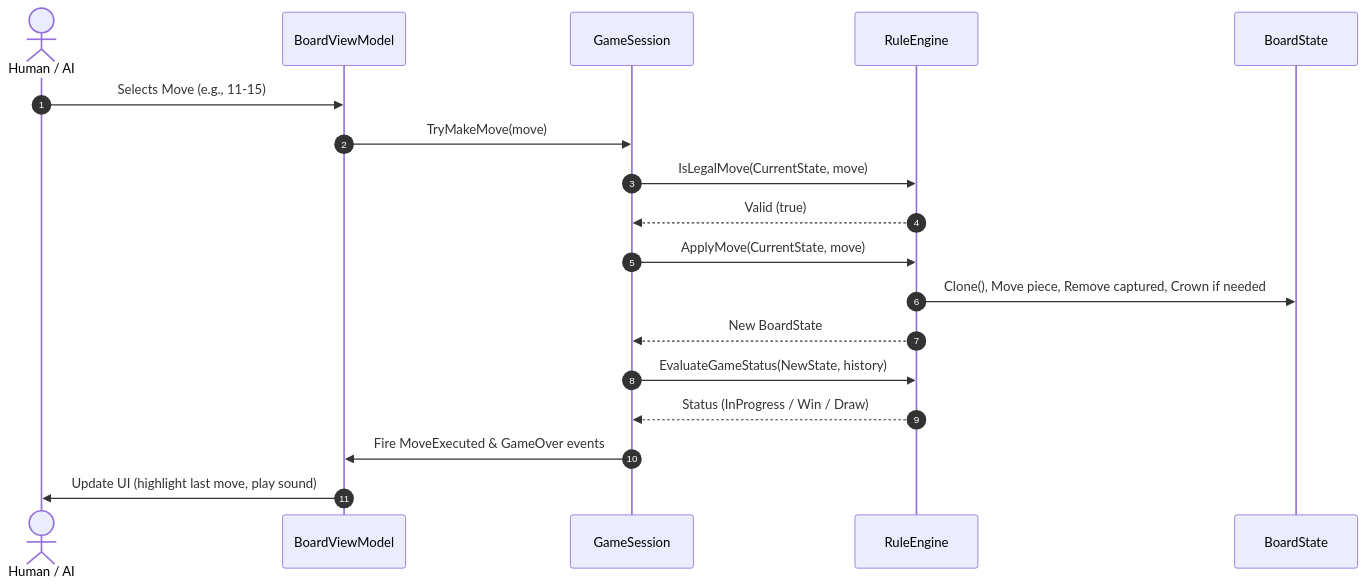
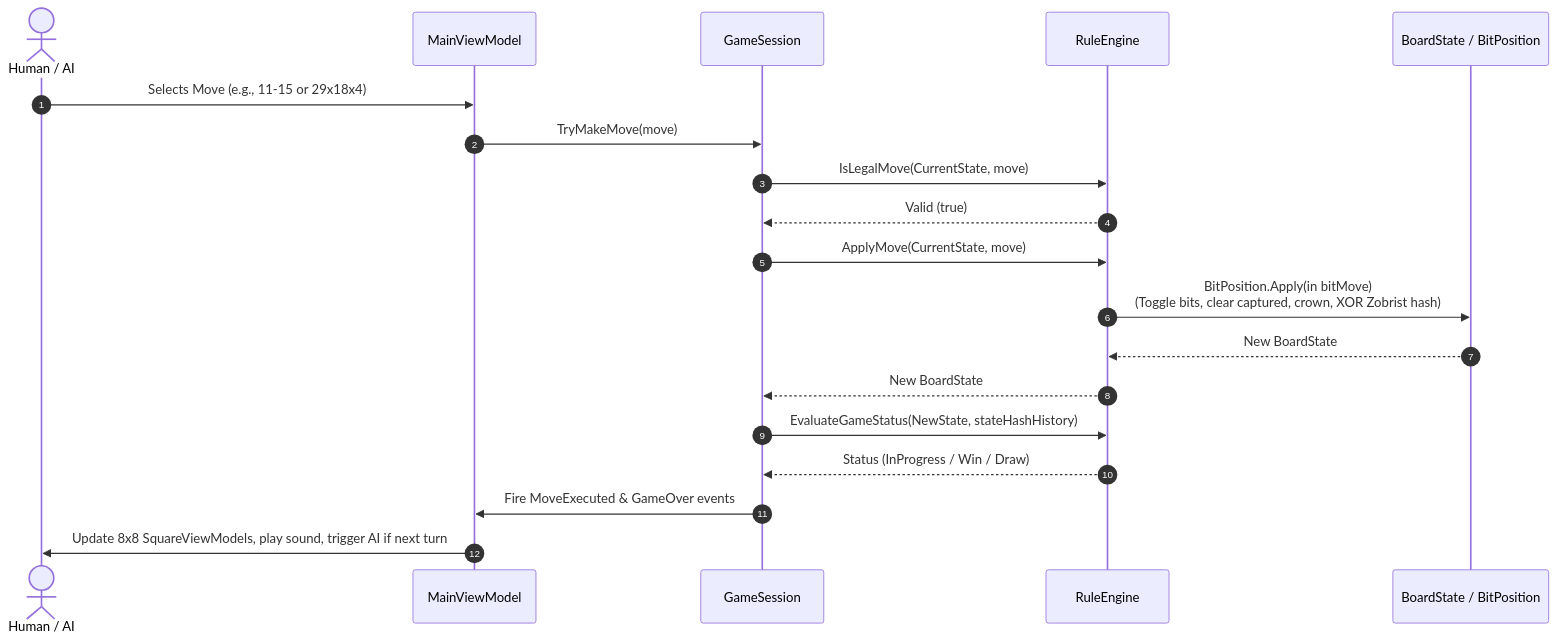
Before and after one commit to cjp-dev/Checkers: the second of 2 diagrams in docs/brain/01-overview.md, drawn with Mermaid. The commit also changed other lines of this file and 19 other files, not shown here.

````diff
--- a/docs/brain/01-overview.md
+++ b/docs/brain/01-overview.md
@@ -85,21 +104,22 @@
 ```mermaid
 sequenceDiagram
     autonumber
     actor Player as Human / AI
-    participant VM as BoardViewModel
+    participant VM as MainViewModel
     participant Session as GameSession
     participant Engine as RuleEngine
-    participant State as BoardState
+    participant State as BoardState / BitPosition
 
-    Player->>VM: Selects Move (e.g., 11-15)
+    Player->>VM: Selects Move (e.g., 11-15 or 29x18x4)
     VM->>Session: TryMakeMove(move)
     Session->>Engine: IsLegalMove(CurrentState, move)
     Engine-->>Session: Valid (true)
     Session->>Engine: ApplyMove(CurrentState, move)
-    Engine->>State: Clone(), Move piece, Remove captured, Crown if needed
+    Engine->>State: BitPosition.Apply(in bitMove)<br/>(Toggle bits, clear captured, crown, XOR Zobrist hash)
+    State-->>Engine: New BoardState
     Engine-->>Session: New BoardState
-    Session->>Engine: EvaluateGameStatus(NewState, history)
+    Session->>Engine: EvaluateGameStatus(NewState, stateHashHistory)
     Engine-->>Session: Status (InProgress / Win / Draw)
     Session->>VM: Fire MoveExecuted & GameOver events
-    VM->>Player: Update UI (highlight last move, play sound)
+    VM->>Player: Update 8x8 SquareViewModels, play sound, trigger AI if next turn
 ```
````
